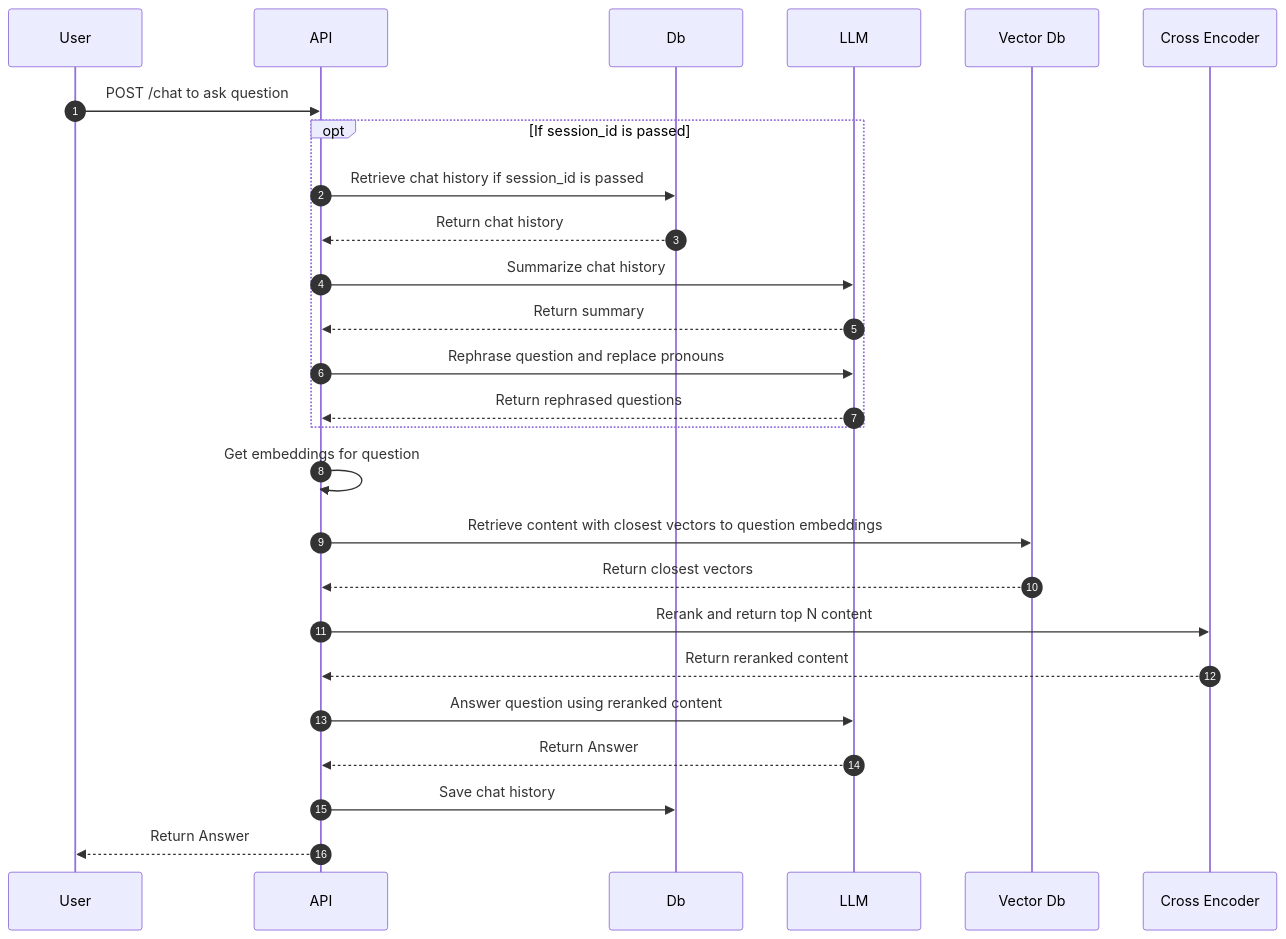
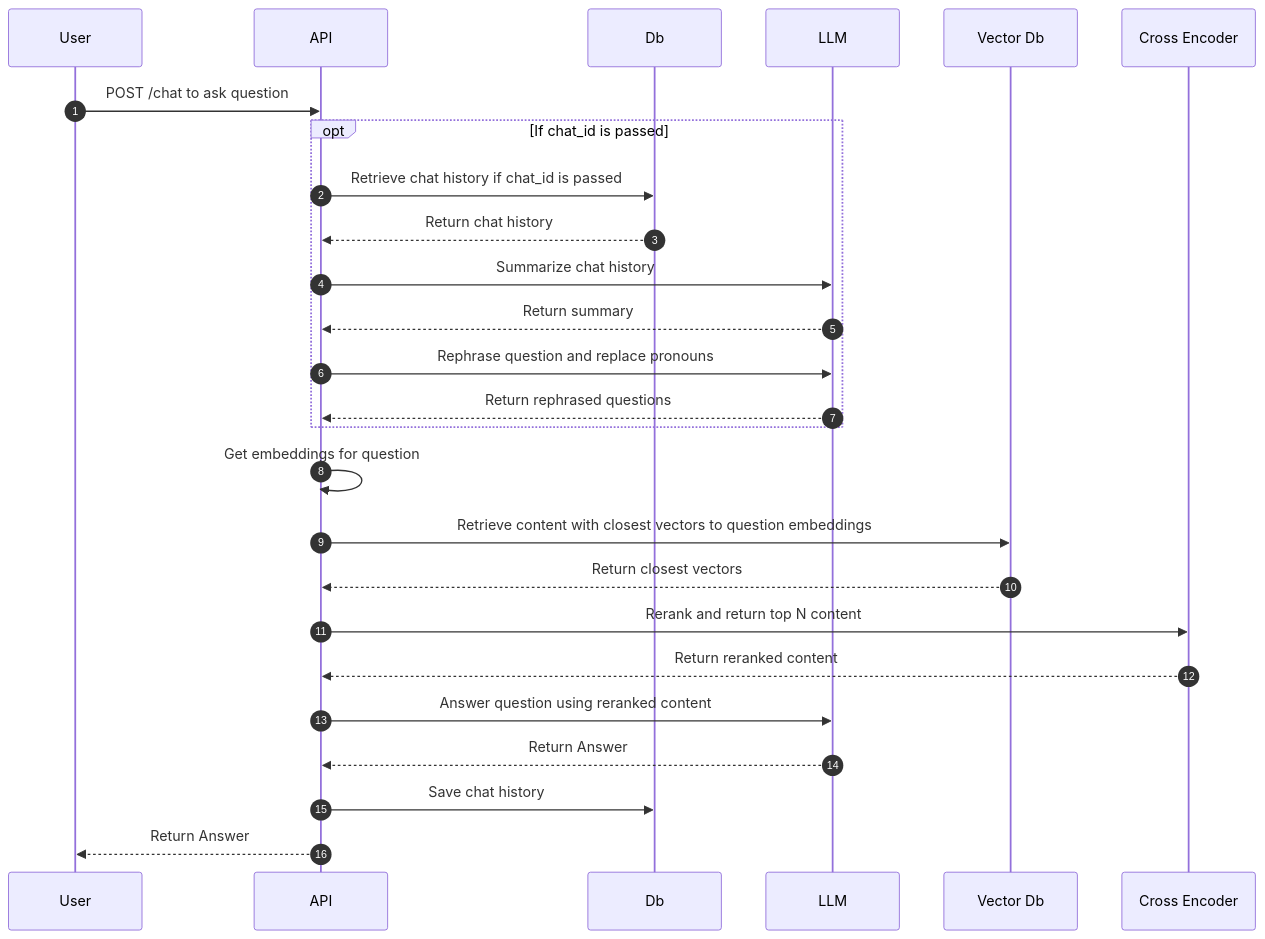
One commit to robellmh/HCD-AI changed the diagram in docs/components/chat.md. Above: the diagram before and after it, drawn with Mermaid. The commit also changed other lines of this file, not shown here.

Commit message:
fixes from PR

````diff
--- a/docs/components/chat.md
+++ b/docs/components/chat.md
@@ -9,23 +9,23 @@
 ```mermaid
 sequenceDiagram
     autonumber
     User->>API: POST /chat to ask question
-    opt If session_id is passed
-        API->>Db: Retrieve chat history if session_id is passed
+    opt If chat_id is passed
+        API->>Db: Retrieve chat history if chat_id is passed
         Db-->>API: Return chat history
         API->>LLM: Summarize chat history
         LLM-->>API: Return summary
         API->>LLM: Rephrase question and replace pronouns
         LLM-->>API: Return rephrased questions
     end
     API->>API: Get embeddings for question
     API->>Vector Db: Retrieve content with closest vectors to question embeddings
     Vector Db-->>API: Return closest vectors
     API->>Cross Encoder: Rerank and return top N content
     Cross Encoder-->>API: Return reranked content
     API->>LLM: Answer question using reranked content
     LLM-->>API: Return Answer
     API->>Db: Save chat history
     API-->>User: Return Answer
 
 ```
````
